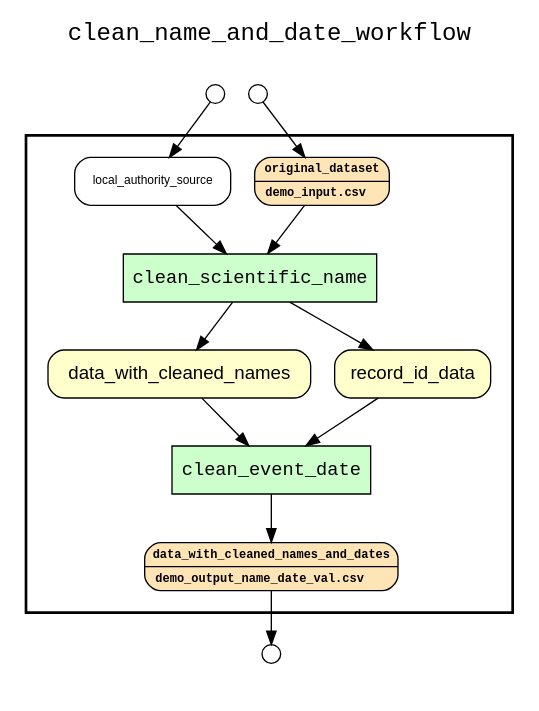
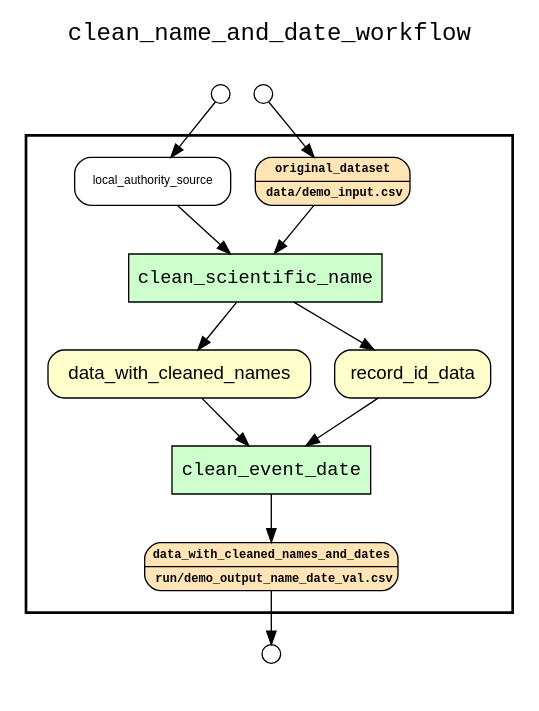
The diagram in examples/kurator-SPNHC16-YW-xsb/results/wf_recon_upstream_of_data_with_cleaned_names_and_dates.gv (LanLi2017/yw-idcc-17), drawn with Graphviz before and after one commit. The commit also changed 58 other files, not shown here.

```diff
--- a/examples/kurator-SPNHC16-YW-xsb/results/wf_recon_upstream_of_data_with_cleaned_names_and_dates.gv
+++ b/examples/kurator-SPNHC16-YW-xsb/results/wf_recon_upstream_of_data_with_cleaned_names_and_dates.gv
@@ -1,45 +1,45 @@
 
 digraph yw_data_view {
 rankdir=TB
 fontname=Courier; fontsize=18; labelloc=t
 label="clean_name_and_date_workflow"
 subgraph cluster_workflow { label=""; color=black; penwidth=2
 subgraph cluster_workflow_inner { label=""; color=white
 node[shape=box style="filled" fillcolor="#CCFFCC" peripheries=1 fontname=Courier]
 clean_scientific_name
 clean_event_date
 node[shape=box style="filled" fillcolor="#CCFFCC" peripheries=1 fontname=Courier]
 clean_scientific_name
 clean_event_date
 node[shape=box style="rounded,filled" fillcolor="#FFFFCC" peripheries=1 fontname=Helvetica]
 data_with_cleaned_names
 record_id_data
 node[shape=box style="rounded,filled" fillcolor="#FFE4B5" peripheries=1 fontname="Courier-Bold" fontsize=9]
-original_dataset[shape=record rankdir=LR label="{<f0> original_dataset |<f1>demo_input.csv\l}"]
+original_dataset[shape=record rankdir=LR label="{<f0> original_dataset |<f1>data/demo_input.csv\l}"]
 node[shape=box style="rounded,filled" fillcolor="#FFE4B5" peripheries=1 fontname="Courier-Bold" fontsize=9]
-data_with_cleaned_names_and_dates[shape=record rankdir=LR label="{<f0> data_with_cleaned_names_and_dates |<f1>demo_output_name_date_val.csv\l}"]
+data_with_cleaned_names_and_dates[shape=record rankdir=LR label="{<f0> data_with_cleaned_names_and_dates |<f1>run/demo_output_name_date_val.csv\l}"]
 node[shape=box style="rounded,filled" fillcolor="#FFFFFF" peripheries=1 fontname=Helvetica]
 local_authority_source
 }}
 subgraph cluster_inflows { label=""; color=white; penwidth=2
 subgraph cluster_inflows_inner { label=""; color=white
 node[shape=circle fillcolor="#FFFFFF" peripheries=1 width=0.2]
 original_dataset_inflow [label=""]
 local_authority_source_inflow [label=""]
 }}
 subgraph cluster_outflows { label=""; color=white; penwidth=2
 subgraph cluster_outflows_inner { label=""; color=white
 node[shape=circle fillcolor="#FFFFFF" peripheries=1 width=0.2]
 data_with_cleaned_names_and_dates_outflow [label=""]
 }}
 record_id_data -> clean_event_date
 data_with_cleaned_names -> clean_event_date
 original_dataset -> clean_scientific_name
 local_authority_source -> clean_scientific_name
 clean_scientific_name -> data_with_cleaned_names
 clean_scientific_name -> record_id_data
 clean_event_date -> data_with_cleaned_names_and_dates
 original_dataset_inflow -> original_dataset
 local_authority_source_inflow -> local_authority_source
 data_with_cleaned_names_and_dates -> data_with_cleaned_names_and_dates_outflow
 }
```
